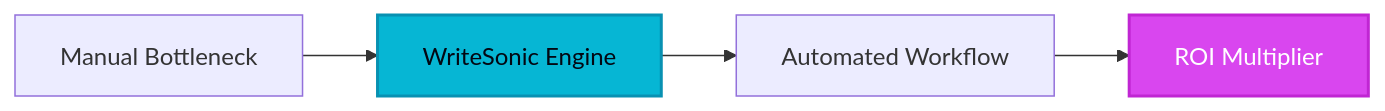
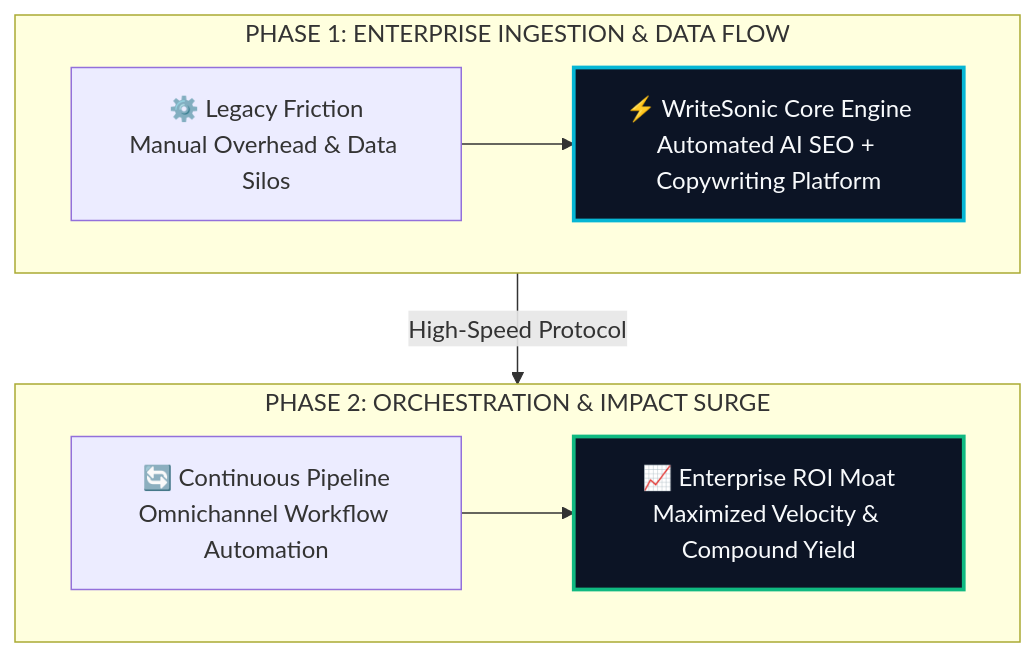
Before and after one commit to heliatech-media/saas-radar: the diagram in site/src/content/blog/writesonic-evolution-guide-2026.md, drawn with Mermaid. The commit also changed 97 other files, not shown here.

First line of the commit message:
feat(diagrams): upgrade all article architecture schemas to high-impact 2-tier responsive vector blueprints

````diff
--- a/site/src/content/blog/writesonic-evolution-guide-2026.md
+++ b/site/src/content/blog/writesonic-evolution-guide-2026.md
@@ -61,8 +61,14 @@
 ```mermaid
-flowchart LR
-    A[Manual Bottleneck] --> B[WriteSonic Engine]
-    B --> C[Automated Workflow]
-    C --> D[ROI Multiplier]
-    style B fill:#06b6d4,stroke:#0891b2,stroke-width:2px,color:#030712
-    style D fill:#d946ef,stroke:#c026d3,stroke-width:2px,color:#ffffff
+flowchart TD
+    subgraph S1["PHASE 1: ENTERPRISE INGESTION & DATA FLOW"]
+        direction LR
+        A["⚙️ Legacy Friction<br/>Manual Overhead & Data Silos"] --> B["⚡ WriteSonic Core Engine<br/>Automated AI SEO + Copywriting Platform"]
+    end
+    subgraph S2["PHASE 2: ORCHESTRATION & IMPACT SURGE"]
+        direction LR
+        C["🔄 Continuous Pipeline<br/>Omnichannel Workflow Automation"] --> D["📈 Enterprise ROI Moat<br/>Maximized Velocity & Compound Yield"]
+    end
+    S1 -->|High-Speed Protocol| S2
+    style B fill:#0c1425,stroke:#06b6d4,stroke-width:2.5px,color:#f8fafc
+    style D fill:#0c1425,stroke:#10b981,stroke-width:2.5px,color:#f8fafc
 ```
````
